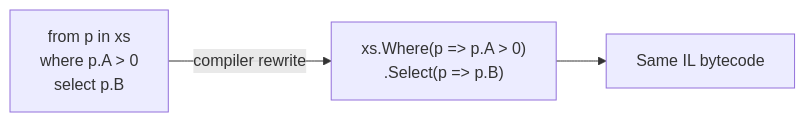
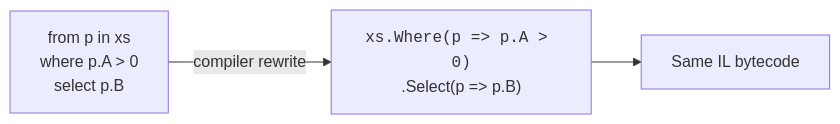
One commit to dataslope/dataslope changed the diagram in content/learn/csharp-linq-functional/query-vs-method-syntax.mdx. Above: the diagram before and after it, drawn with Mermaid. The commit also changed 153 other files, not shown here.

First line of the commit message:
Render code-only mermaid shapes in monospace; convert step sequences to Steps

````diff
--- a/content/learn/csharp-linq-functional/query-vs-method-syntax.mdx
+++ b/content/learn/csharp-linq-functional/query-vs-method-syntax.mdx
@@ -52,6 +52,6 @@
 ```mermaid
 flowchart LR
     Q["from p in xs<br/>where p.A &gt; 0<br/>select p.B"]
-      -->|compiler rewrite| M["xs.Where(p =&gt; p.A &gt; 0)<br/>.Select(p =&gt; p.B)"]
+      -->|compiler rewrite| M["<code>xs.Where(p =&gt; p.A &gt; 0)</code><br/>.Select(p =&gt; p.B)"]
     M --> IL[Same IL bytecode]
 ```
````
